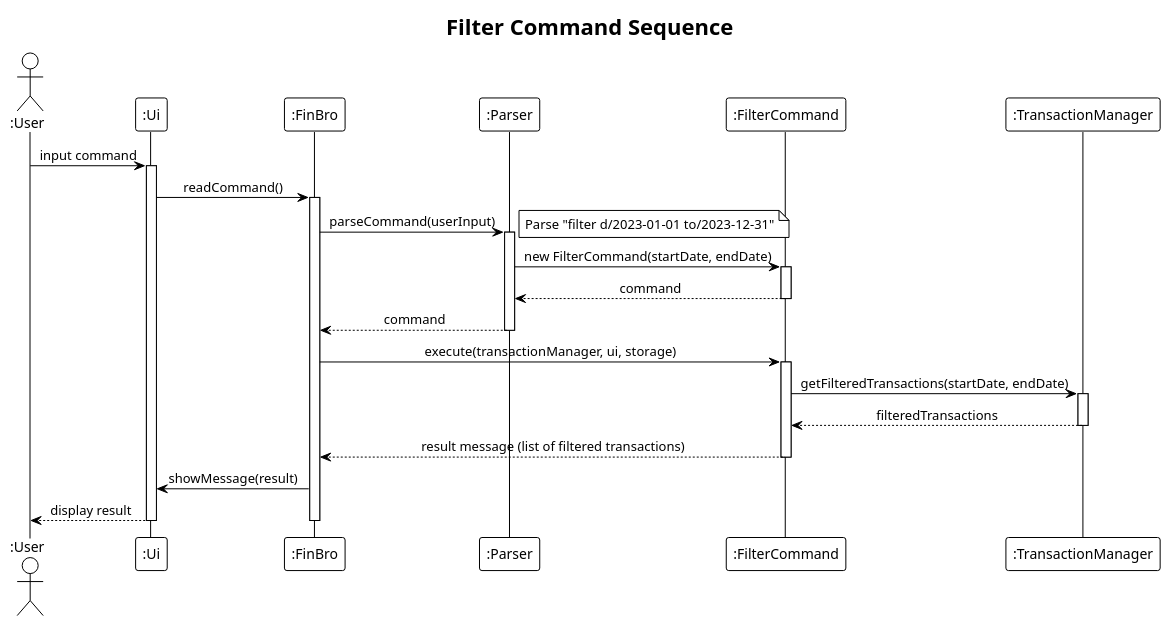
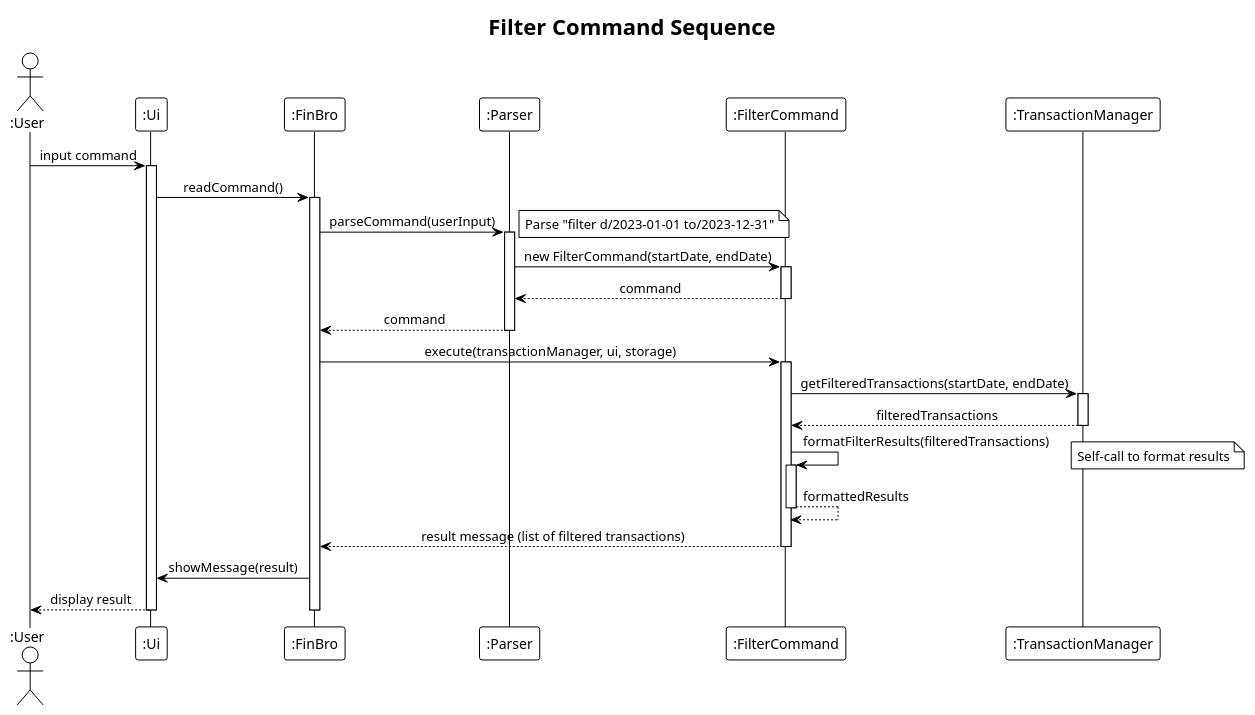
Diagram 16 of 20 in docs/DeveloperGuide.md (laitcanard05/tp), drawn with PlantUML before and after one commit. The commit also changed other lines of this file, not shown here.

Commit message:
Fix self-call issues

````diff
--- a/docs/DeveloperGuide.md
+++ b/docs/DeveloperGuide.md
@@ -1431,49 +1437,55 @@
 ```puml
 @startuml
 !theme plain
 title Filter Command Sequence
 skinparam sequenceMessageAlign center
 skinparam responseMessageBelowArrow true
 
 actor ":User" as User
 participant ":Ui" as UI
 participant ":FinBro" as FinBro
 participant ":Parser" as Parser
 participant ":FilterCommand" as FilterCommand
 participant ":TransactionManager" as TransactionMgr
 
 User -> UI : input command
 activate UI
 
 UI -> FinBro : readCommand()
 activate FinBro
 
 FinBro -> Parser : parseCommand(userInput)
 activate Parser
 note right: Parse "filter d/2023-01-01 to/2023-12-31"
 
 Parser -> FilterCommand : new FilterCommand(startDate, endDate)
 activate FilterCommand
 FilterCommand --> Parser : command
 deactivate FilterCommand
 Parser --> FinBro : command
 deactivate Parser
 
 FinBro -> FilterCommand : execute(transactionManager, ui, storage)
 activate FilterCommand
 
 FilterCommand -> TransactionMgr : getFilteredTransactions(startDate, endDate)
 activate TransactionMgr
 TransactionMgr --> FilterCommand : filteredTransactions
 deactivate TransactionMgr
 
+FilterCommand -> FilterCommand : formatFilterResults(filteredTransactions)
+activate FilterCommand
+note right: Self-call to format results
+FilterCommand --> FilterCommand : formattedResults
+deactivate FilterCommand
+
 FilterCommand --> FinBro : result message (list of filtered transactions)
 deactivate FilterCommand
 
 FinBro -> UI : showMessage(result)
 UI --> User : display result
 deactivate UI
 deactivate FinBro
 
 @enduml
 ```
````
